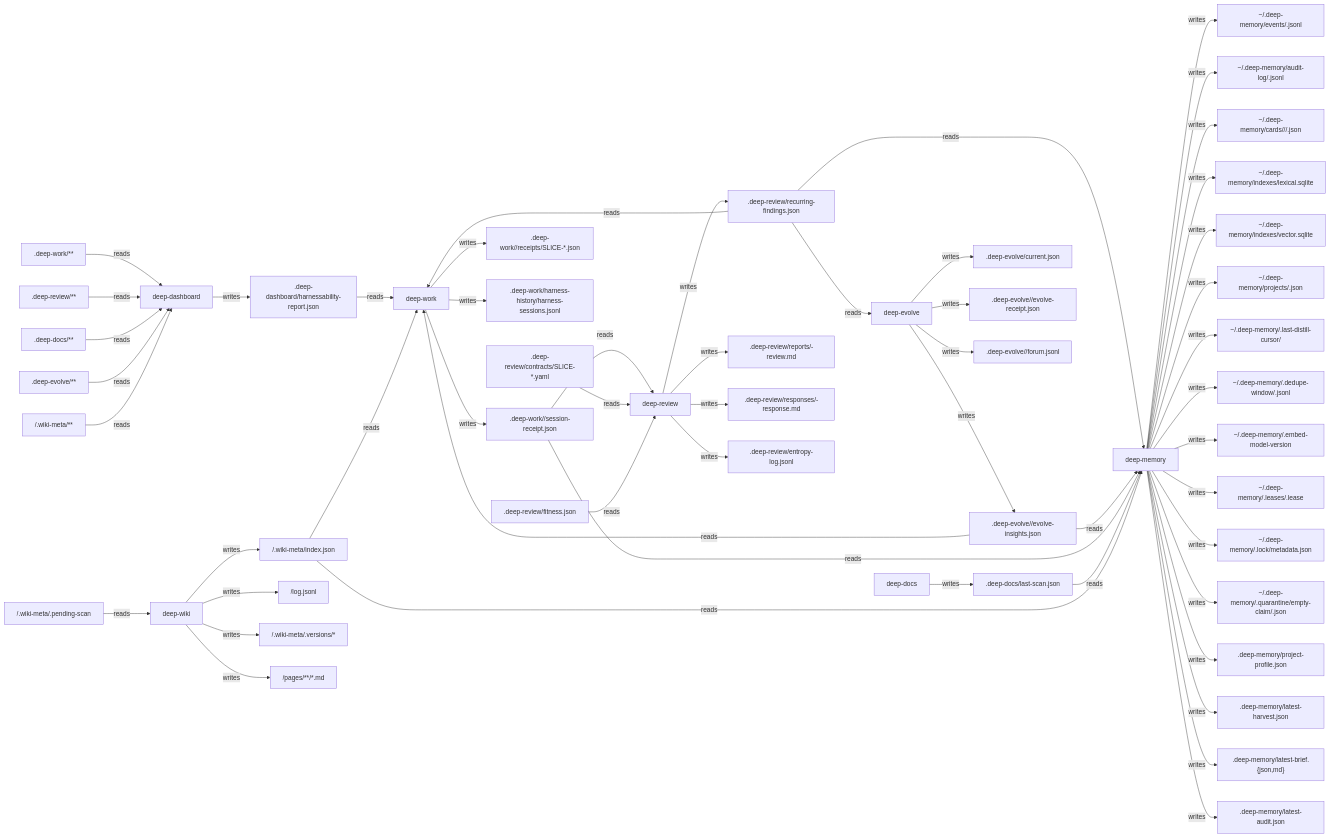
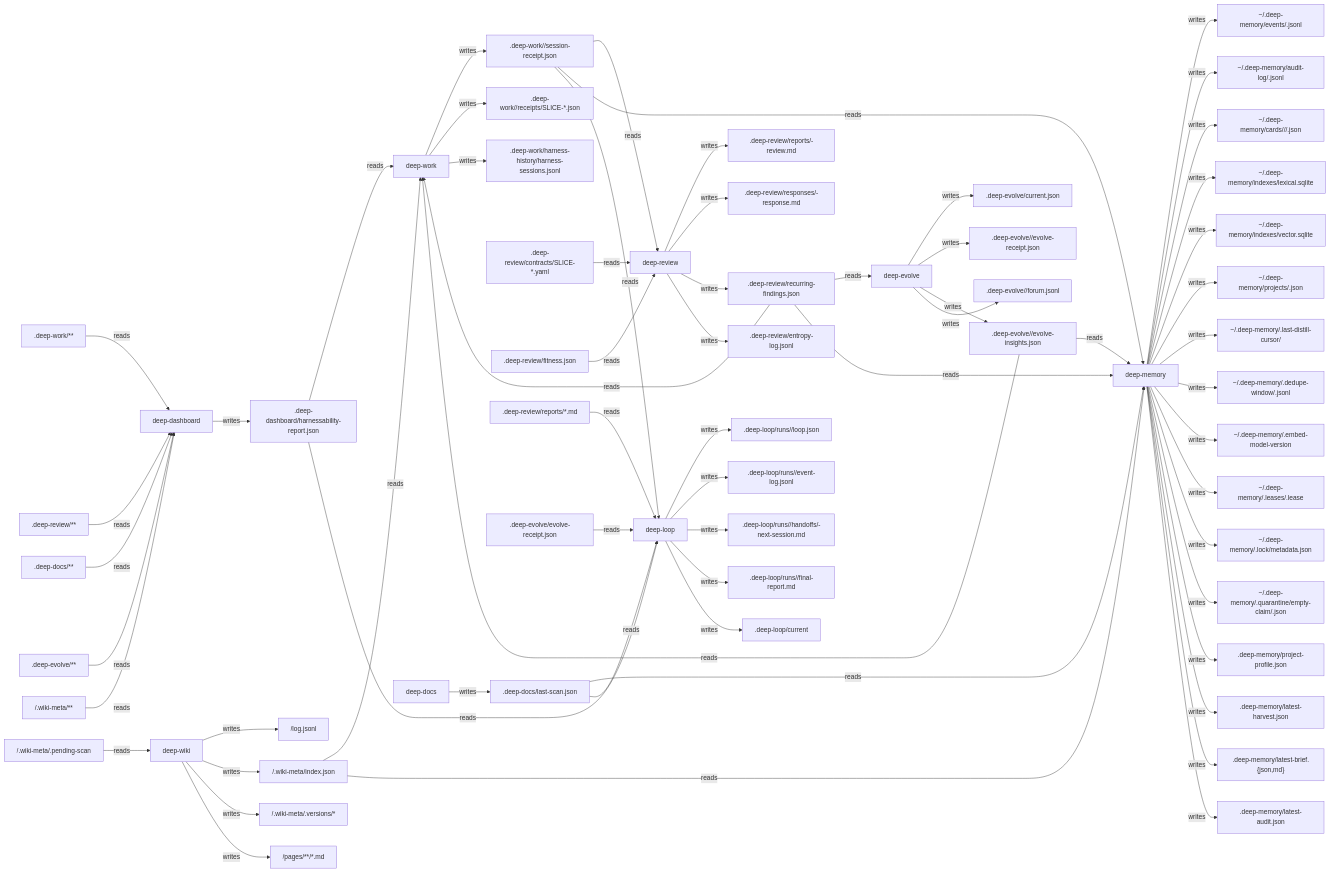
One commit to Sungmin-Cho/claude-deep-suite changed the diagram in docs/artifact-io-graph.md. Above: the diagram before and after it, drawn with Mermaid. The commit also changed 9 other files, not shown here.

````diff
--- a/docs/artifact-io-graph.md
+++ b/docs/artifact-io-graph.md
@@ -9,55 +9,65 @@
 ```mermaid
 flowchart LR
   deep-work-->|writes|p1[".deep-work/<session>/session-receipt.json"]
   deep-work-->|writes|p2[".deep-work/<session>/receipts/SLICE-*.json"]
   deep-work-->|writes|p3[".deep-work/harness-history/harness-sessions.jsonl"]
   p4[".deep-dashboard/harnessability-report.json"]-->|reads|deep-work
   p5[".deep-evolve/<session>/evolve-insights.json"]-->|reads|deep-work
   p6[".deep-review/recurring-findings.json"]-->|reads|deep-work
   p7["<wiki_root>/.wiki-meta/index.json"]-->|reads|deep-work
   deep-wiki-->|writes|p8["<wiki_root>/log.jsonl"]
   deep-wiki-->|writes|p7["<wiki_root>/.wiki-meta/index.json"]
   deep-wiki-->|writes|p9["<wiki_root>/.wiki-meta/.versions/*"]
   deep-wiki-->|writes|p10["<wiki_root>/pages/**/*.md"]
   p11["<wiki_root>/.wiki-meta/.pending-scan"]-->|reads|deep-wiki
   deep-evolve-->|writes|p12[".deep-evolve/current.json"]
   deep-evolve-->|writes|p13[".deep-evolve/<session>/evolve-receipt.json"]
   deep-evolve-->|writes|p5[".deep-evolve/<session>/evolve-insights.json"]
   deep-evolve-->|writes|p14[".deep-evolve/<session>/forum.jsonl"]
   p6[".deep-review/recurring-findings.json"]-->|reads|deep-evolve
   deep-review-->|writes|p15[".deep-review/reports/<timestamp>-review.md"]
   deep-review-->|writes|p16[".deep-review/responses/<timestamp>-response.md"]
   deep-review-->|writes|p6[".deep-review/recurring-findings.json"]
   deep-review-->|writes|p17[".deep-review/entropy-log.jsonl"]
   p1[".deep-work/<session>/session-receipt.json"]-->|reads|deep-review
   p18[".deep-review/contracts/SLICE-*.yaml"]-->|reads|deep-review
   p19[".deep-review/fitness.json"]-->|reads|deep-review
   deep-docs-->|writes|p20[".deep-docs/last-scan.json"]
   deep-dashboard-->|writes|p4[".deep-dashboard/harnessability-report.json"]
   p21[".deep-work/**"]-->|reads|deep-dashboard
   p22[".deep-review/**"]-->|reads|deep-dashboard
   p23[".deep-docs/**"]-->|reads|deep-dashboard
   p24[".deep-evolve/**"]-->|reads|deep-dashboard
   p25["<wiki_root>/.wiki-meta/**"]-->|reads|deep-dashboard
   deep-memory-->|writes|p26["~/.deep-memory/events/<YYYY-MM>.jsonl"]
   deep-memory-->|writes|p27["~/.deep-memory/audit-log/<YYYY-MM>.jsonl"]
   deep-memory-->|writes|p28["~/.deep-memory/cards/<memory_type>/<global|project_id>/<memory_id>.json"]
   deep-memory-->|writes|p29["~/.deep-memory/indexes/lexical.sqlite"]
   deep-memory-->|writes|p30["~/.deep-memory/indexes/vector.sqlite"]
   deep-memory-->|writes|p31["~/.deep-memory/projects/<project_id>.json"]
   deep-memory-->|writes|p32["~/.deep-memory/.last-distill-cursor/<project_id>"]
   deep-memory-->|writes|p33["~/.deep-memory/.dedupe-window/<project_id>.jsonl"]
   deep-memory-->|writes|p34["~/.deep-memory/.embed-model-version"]
   deep-memory-->|writes|p35["~/.deep-memory/.leases/<project_id>.lease"]
   deep-memory-->|writes|p36["~/.deep-memory/.lock/metadata.json"]
   deep-memory-->|writes|p37["~/.deep-memory/.quarantine/empty-claim/<run_id>.json"]
   deep-memory-->|writes|p38[".deep-memory/project-profile.json"]
   deep-memory-->|writes|p39[".deep-memory/latest-harvest.json"]
   deep-memory-->|writes|p40[".deep-memory/latest-brief.{json,md}"]
   deep-memory-->|writes|p41[".deep-memory/latest-audit.json"]
   p6[".deep-review/recurring-findings.json"]-->|reads|deep-memory
   p5[".deep-evolve/<session>/evolve-insights.json"]-->|reads|deep-memory
   p1[".deep-work/<session>/session-receipt.json"]-->|reads|deep-memory
   p20[".deep-docs/last-scan.json"]-->|reads|deep-memory
   p7["<wiki_root>/.wiki-meta/index.json"]-->|reads|deep-memory
+  deep-loop-->|writes|p42[".deep-loop/runs/<run-id>/loop.json"]
+  deep-loop-->|writes|p43[".deep-loop/runs/<run-id>/event-log.jsonl"]
+  deep-loop-->|writes|p44[".deep-loop/runs/<run-id>/handoffs/<ts>-next-session.md"]
+  deep-loop-->|writes|p45[".deep-loop/runs/<run-id>/final-report.md"]
+  deep-loop-->|writes|p46[".deep-loop/current"]
+  p1[".deep-work/<session>/session-receipt.json"]-->|reads|deep-loop
+  p47[".deep-review/reports/*.md"]-->|reads|deep-loop
+  p20[".deep-docs/last-scan.json"]-->|reads|deep-loop
+  p48[".deep-evolve/evolve-receipt.json"]-->|reads|deep-loop
+  p4[".deep-dashboard/harnessability-report.json"]-->|reads|deep-loop
 ```
````
